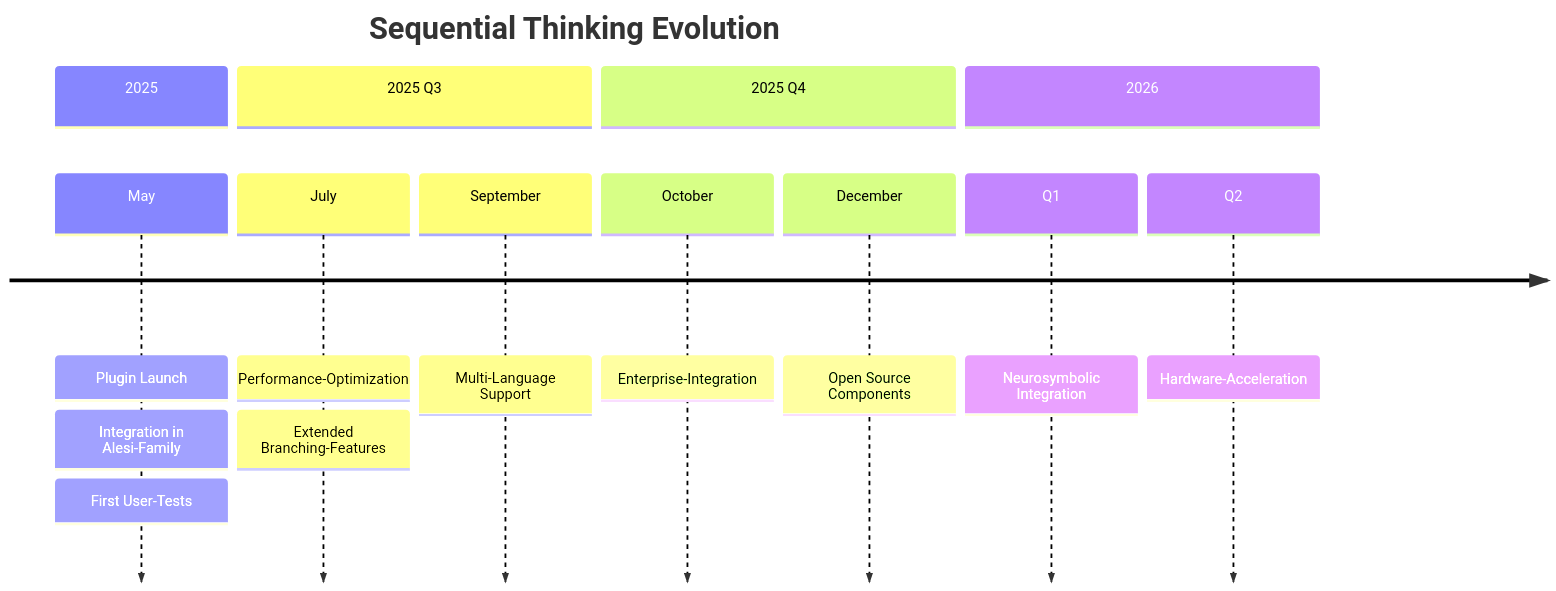
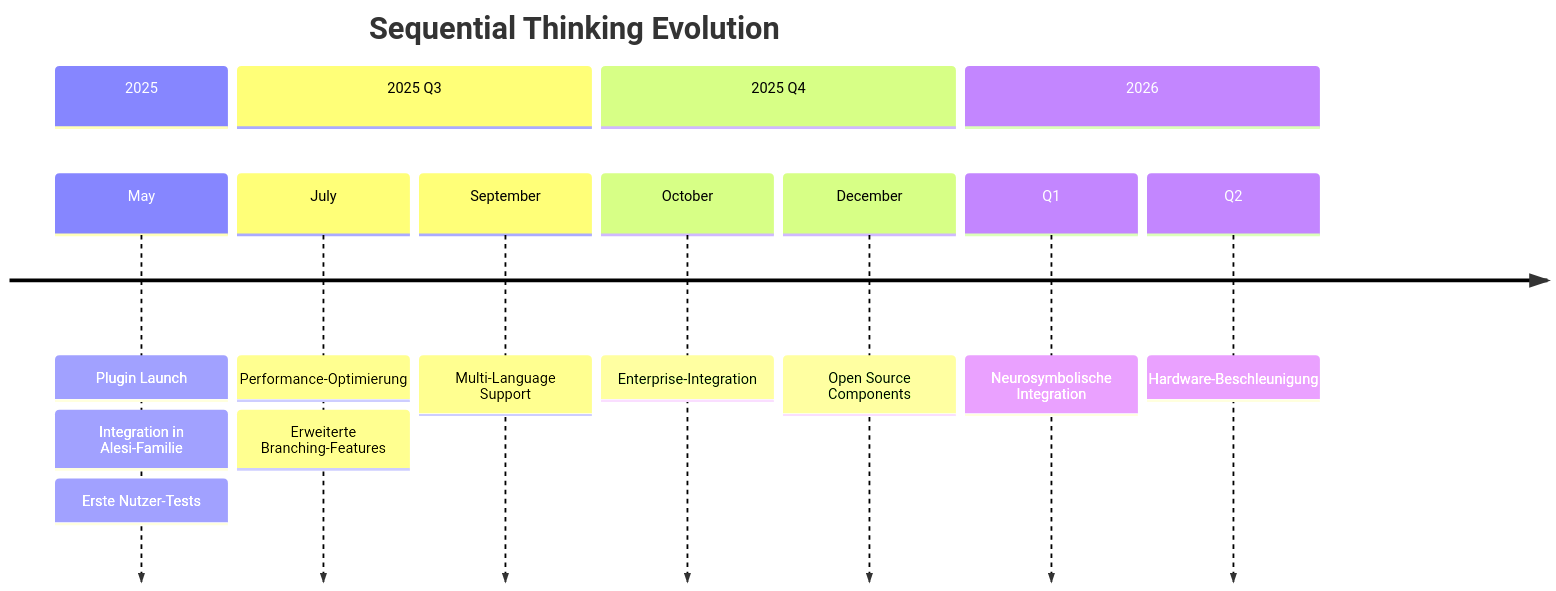
Before and after one commit to satwareAG/satware.ai: the third of 3 diagrams in docs/blog/posts/2025-05-25-sequential-thinking-revolution.md, drawn with Mermaid. The commit also changed other lines of this file, not shown here.

````diff
--- a/docs/blog/posts/2025-05-25-sequential-thinking-revolution.md
+++ b/docs/blog/posts/2025-05-25-sequential-thinking-revolution.md
@@ -317,22 +317,22 @@
 ```mermaid
 timeline
     title Sequential Thinking Evolution
     
     section 2025
         May : Plugin Launch
-            : Integration in Alesi-Family
-            : First User-Tests
+            : Integration in Alesi-Familie
+            : Erste Nutzer-Tests
     
     section 2025 Q3
-        July : Performance-Optimization
-            : Extended Branching-Features
+        July : Performance-Optimierung
+            : Erweiterte Branching-Features
         September : Multi-Language Support
     
     section 2025 Q4
         October : Enterprise-Integration
         December : Open Source Components
     
     section 2026
-        Q1 : Neurosymbolic Integration
-        Q2 : Hardware-Acceleration
+        Q1 : Neurosymbolische Integration
+        Q2 : Hardware-Beschleunigung
 ```
````
